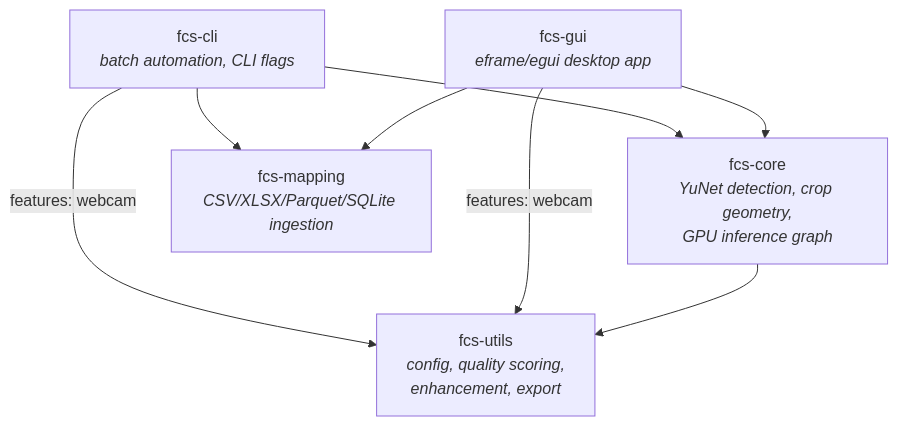
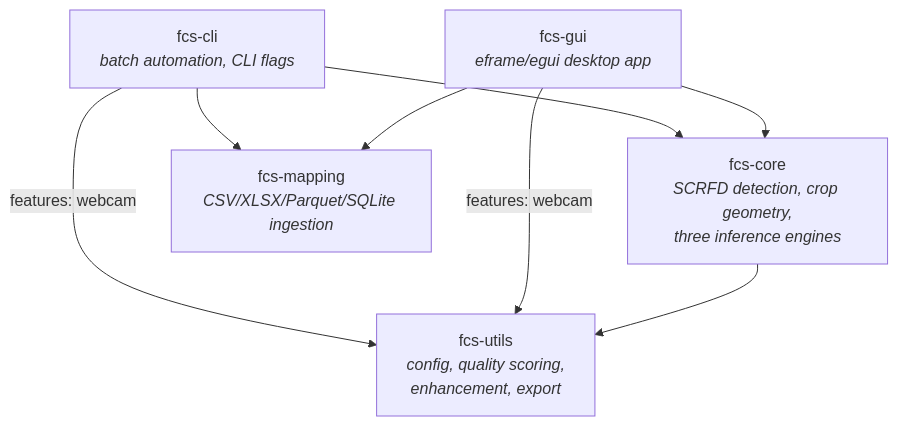
One commit to gregorycarnegie/face-crop-studio changed the first of 2 diagrams in ARCHITECTURE.md. Above: the diagram before and after it, drawn with Mermaid. The commit also changed other lines of this file and 106 other files, not shown here.

````diff
--- a/ARCHITECTURE.md
+++ b/ARCHITECTURE.md
@@ -21,16 +21,16 @@
 ```mermaid
 graph TD
     cli["fcs-cli<br/><i>batch automation, CLI flags</i>"]
     gui["fcs-gui<br/><i>eframe/egui desktop app</i>"]
-    core["fcs-core<br/><i>YuNet detection, crop geometry,<br/>GPU inference graph</i>"]
+    core["fcs-core<br/><i>SCRFD detection, crop geometry,<br/>three inference engines</i>"]
     utils["fcs-utils<br/><i>config, quality scoring,<br/>enhancement, export</i>"]
     mapping["fcs-mapping<br/><i>CSV/XLSX/Parquet/SQLite ingestion</i>"]
 
     cli --> core
     cli --> mapping
     cli -->|features: webcam| utils
     gui --> core
     gui --> mapping
     gui -->|features: webcam| utils
     core --> utils
 ```
````
